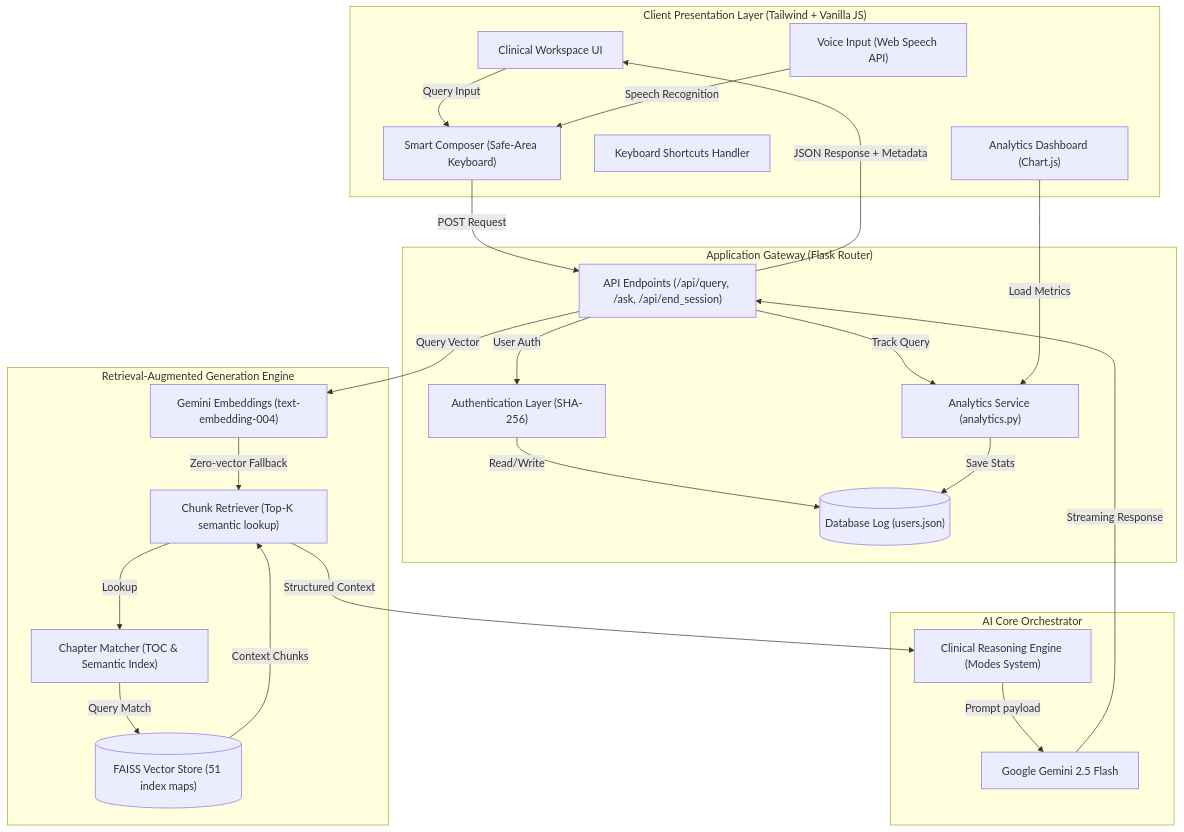
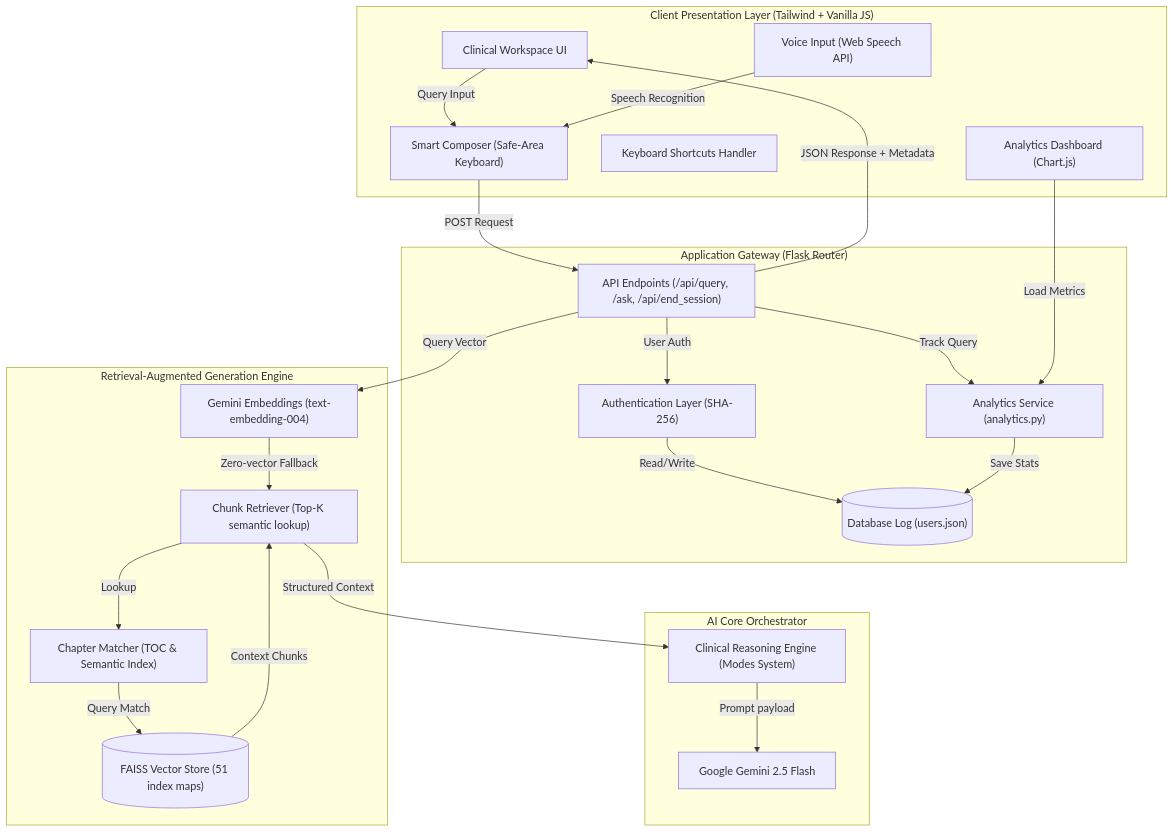
One commit to Sumanthss888/NeuroRAG changed the first of 2 diagrams in README.md. Above: the diagram before and after it, drawn with Mermaid. The commit also changed other lines of this file, not shown here.

Commit message:
docs(readme): insert RAG retrieval sequence diagram

````diff
--- a/README.md
+++ b/README.md
@@ -59,48 +59,47 @@
 ```mermaid
 graph TD
     subgraph Frontend ["Client Presentation Layer (Tailwind + Vanilla JS)"]
         UI["Clinical Workspace UI"]
         Composer["Smart Composer (Safe-Area Keyboard)"]
         Voice["Voice Input (Web Speech API)"]
         Shortcuts["Keyboard Shortcuts Handler"]
         Dashboard["Analytics Dashboard (Chart.js)"]
     end
 
     subgraph Backend ["Application Gateway (Flask Router)"]
         Auth["Authentication Layer (SHA-256)"]
         Routes["API Endpoints (/api/query, /ask, /api/end_session)"]
         Analytics["Analytics Service (analytics.py)"]
         Db[("Database Log (users.json)")]
     end
 
     subgraph RAG ["Retrieval-Augmented Generation Engine"]
         Matcher["Chapter Matcher (TOC & Semantic Index)"]
         Retriever["Chunk Retriever (Top-K semantic lookup)"]
         Embedder["Gemini Embeddings (text-embedding-004)"]
         FAISS[("FAISS Vector Store (51 index maps)")]
     end
 
     subgraph LLM ["AI Core Orchestrator"]
         Gemini["Google Gemini 2.5 Flash"]
         Prompting["Clinical Reasoning Engine (Modes System)"]
     end
 
     %% Flow lines
     UI -->|Query Input| Composer
     Composer -->|POST Request| Routes
     Voice -->|Speech Recognition| Composer
     Routes -->|User Auth| Auth
     Auth -->|Read/Write| Db
     Routes -->|Track Query| Analytics
     Analytics -->|Save Stats| Db
     Routes -->|Query Vector| Embedder
     Embedder -->|Zero-vector Fallback| Retriever
     Retriever -->|Lookup| Matcher
     Matcher -->|Query Match| FAISS
     FAISS -->|Context Chunks| Retriever
     Retriever -->|Structured Context| Prompting
     Prompting -->|Prompt payload| Gemini
-    Gemini -->|Streaming Response| Routes
     Routes -->|JSON Response + Metadata| UI
     Dashboard -->|Load Metrics| Analytics
 ```
````
